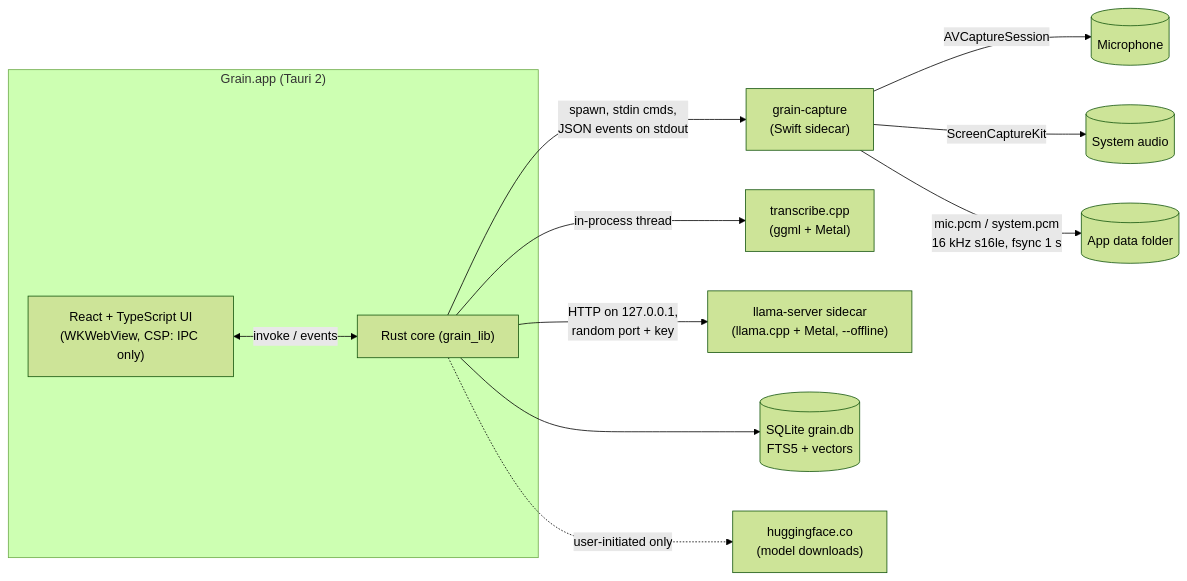
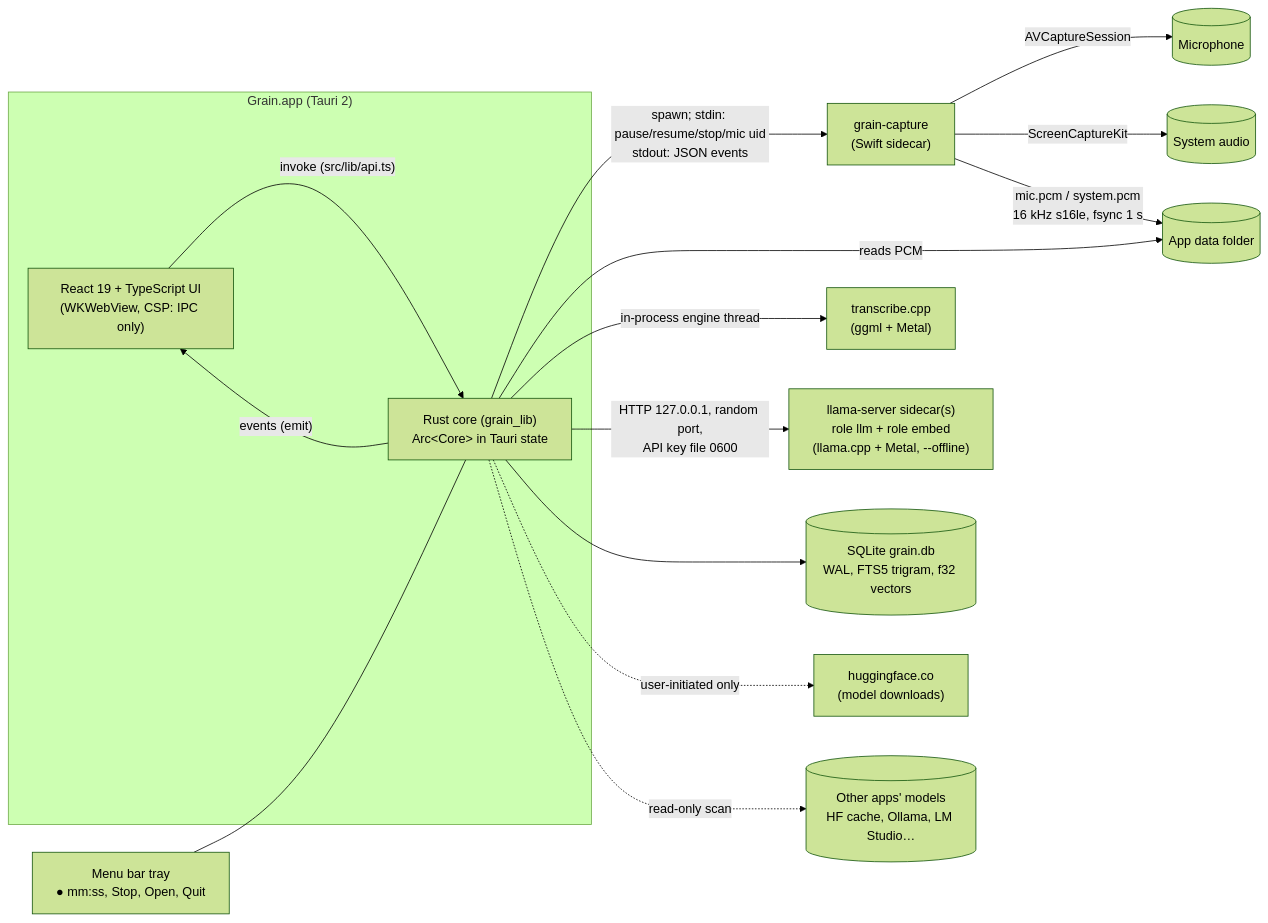
One commit to junbin-tan/grain changed the first of 9 diagrams in docs/ARCHITECTURE.md. Above: the diagram before and after it, drawn with Mermaid (forest theme). The commit also changed other lines of this file and 1 other file, not shown here.

First line of the commit message:
docs(architecture): expand into a full reference for AI agents

````diff
--- a/docs/ARCHITECTURE.md
+++ b/docs/ARCHITECTURE.md
@@ -5,16 +9,20 @@
 ```mermaid
 flowchart LR
   subgraph App["Grain.app (Tauri 2)"]
-    UI["React + TypeScript UI<br/>(WKWebView, CSP: IPC only)"]
-    Core["Rust core (grain_lib)"]
-    UI <-- "invoke / events" --> Core
+    UI["React 19 + TypeScript UI<br/>(WKWebView, CSP: IPC only)"]
+    Core["Rust core (grain_lib)<br/>Arc&lt;Core&gt; in Tauri state"]
+    UI -- "invoke (src/lib/api.ts)" --> Core
+    Core -- "events (emit)" --> UI
   end
-  Core -- "spawn, stdin cmds,<br/>JSON events on stdout" --> Cap["grain-capture<br/>(Swift sidecar)"]
+  Tray["Menu bar tray<br/>● mm:ss, Stop, Open, Quit"] --- Core
+  Core -- "spawn; stdin: pause/resume/stop/mic uid<br/>stdout: JSON events" --> Cap["grain-capture<br/>(Swift sidecar)"]
   Cap -- "AVCaptureSession" --> Mic[(Microphone)]
   Cap -- "ScreenCaptureKit" --> Sys[(System audio)]
   Cap -- "mic.pcm / system.pcm<br/>16 kHz s16le, fsync 1 s" --> Disk[(App data folder)]
-  Core -- "in-process thread" --> ASR["transcribe.cpp<br/>(ggml + Metal)"]
-  Core -- "HTTP on 127.0.0.1,<br/>random port + key" --> LLM["llama-server sidecar<br/>(llama.cpp + Metal, --offline)"]
-  Core --> DB[("SQLite grain.db<br/>FTS5 + vectors")]
+  Core -- "reads PCM" --> Disk
+  Core -- "in-process engine thread" --> ASR["transcribe.cpp<br/>(ggml + Metal)"]
+  Core -- "HTTP 127.0.0.1, random port,<br/>API key file 0600" --> LLM["llama-server sidecar(s)<br/>role llm + role embed<br/>(llama.cpp + Metal, --offline)"]
+  Core --> DB[("SQLite grain.db<br/>WAL, FTS5 trigram, f32 vectors")]
   Core -. "user-initiated only" .-> HF["huggingface.co<br/>(model downloads)"]
+  Core -. "read-only scan" .-> Other[("Other apps' models<br/>HF cache, Ollama, LM Studio…")]
 ```
````
